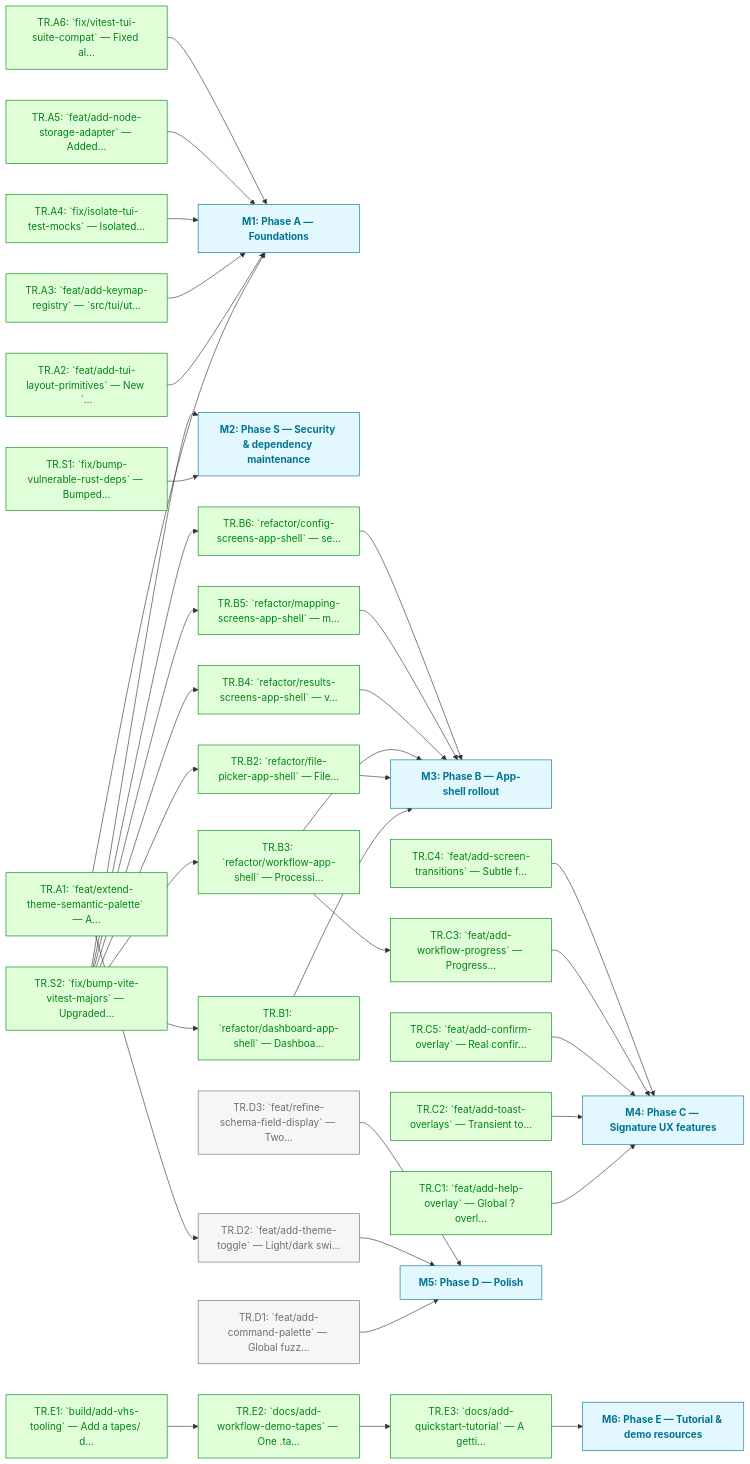
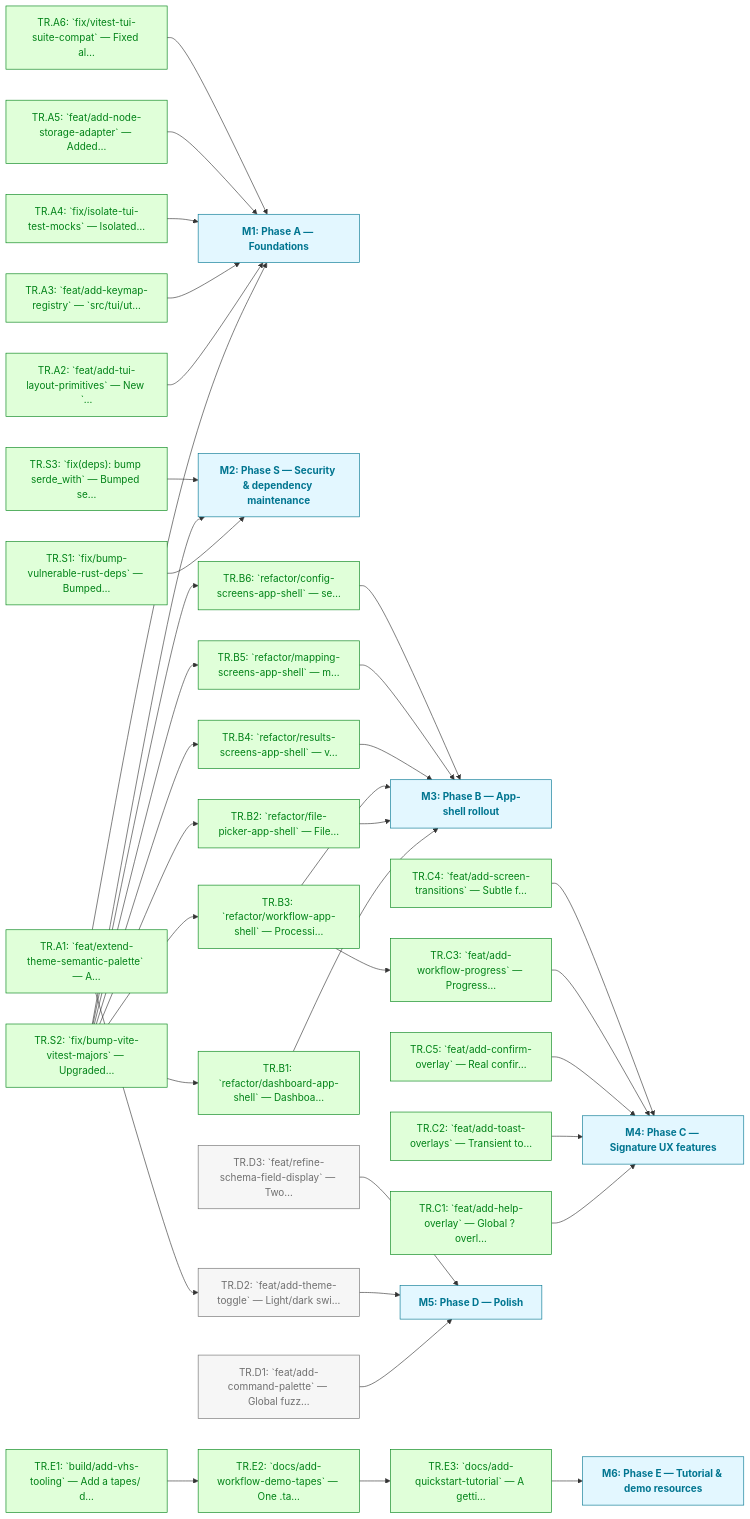
One commit to foundersandcoders/iris changed the diagram in docs/roadmaps/v5a-2606/enhanced.md. Above: the diagram before and after it, drawn with Mermaid. The commit also changed other lines of this file and 1 other file, not shown here.

Commit message:
docs(roadmap): document TR.S3 serde_with security fix
Records the serde_with 3.21.0 bump and MSRV raise as TR.S3 under
Phase S, following TR.S1's precedent for documenting Dependabot
alerts left open as unreachable rather than silently ignored.

````diff
--- a/docs/roadmaps/v5a-2606/enhanced.md
+++ b/docs/roadmaps/v5a-2606/enhanced.md
@@ -101,77 +102,79 @@
 ```mermaid
 graph LR
 	classDef todo fill:#f6f6f6,stroke:#6f6f6f,color:#6f6f6f
 	classDef blocked fill:#fff8f6,stroke:#e0002b,color:#e0002b,stroke-width:2px
 	classDef paused fill:#fdf4ff,stroke:#b01fe3,color:#b01fe3,stroke-dasharray:4 3
 	classDef deferred fill:#fff8f3,stroke:#ac5c00,color:#ac5c00,stroke-dasharray:2 4,font-style:italic
 	classDef done fill:#e0ffd9,stroke:#008217,color:#008217
 	classDef outOfScope fill:#f6f6f6,stroke:#e2e2e2,color:#e2e2e2,stroke-dasharray:2 2
 	classDef mile fill:#e3f7ff,stroke:#007590,color:#007590,font-weight:bold
 	classDef external fill:#fff9e5,stroke:#7d6f00,color:#7d6f00,stroke-dasharray:4 3,font-style:italic
 	TR.A1["TR.A1: `feat/extend-theme-semantic-palette` — A…"]
 	TR.A2["TR.A2: `feat/add-tui-layout-primitives` — New `…"]
 	TR.A3["TR.A3: `feat/add-keymap-registry` — `src/tui/ut…"]
 	TR.A4["TR.A4: `fix/isolate-tui-test-mocks` — Isolated…"]
 	TR.A5["TR.A5: `feat/add-node-storage-adapter` — Added…"]
 	TR.A6["TR.A6: `fix/vitest-tui-suite-compat` — Fixed al…"]
 	M1["M1: Phase A — Foundations"]:::mile
 	TR.S1["TR.S1: `fix/bump-vulnerable-rust-deps` — Bumped…"]
 	TR.S2["TR.S2: `fix/bump-vite-vitest-majors` — Upgraded…"]
+	TR.S3["TR.S3: `fix(deps): bump serde_with` — Bumped se…"]
 	M2["M2: Phase S — Security & dependency maintenance"]:::mile
 	TR.B1["TR.B1: `refactor/dashboard-app-shell` — Dashboa…"]
 	TR.B2["TR.B2: `refactor/file-picker-app-shell` — File…"]
 	TR.B3["TR.B3: `refactor/workflow-app-shell` — Processi…"]
 	TR.B4["TR.B4: `refactor/results-screens-app-shell` — v…"]
 	TR.B5["TR.B5: `refactor/mapping-screens-app-shell` — m…"]
 	TR.B6["TR.B6: `refactor/config-screens-app-shell` — se…"]
 	M3["M3: Phase B — App-shell rollout"]:::mile
 	TR.C1["TR.C1: `feat/add-help-overlay` — Global ? overl…"]
 	TR.C2["TR.C2: `feat/add-toast-overlays` — Transient to…"]
 	TR.C5["TR.C5: `feat/add-confirm-overlay` — Real confir…"]
 	TR.C3["TR.C3: `feat/add-workflow-progress` — Progress…"]
 	TR.C4["TR.C4: `feat/add-screen-transitions` — Subtle f…"]
 	M4["M4: Phase C — Signature UX features"]:::mile
 	TR.D1["TR.D1: `feat/add-command-palette` — Global fuzz…"]
 	TR.D2["TR.D2: `feat/add-theme-toggle` — Light/dark swi…"]
 	TR.D3["TR.D3: `feat/refine-schema-field-display` — Two…"]
 	M5["M5: Phase D — Polish"]:::mile
 	TR.E1["TR.E1: `build/add-vhs-tooling` — Add a tapes/ d…"]
 	TR.E2["TR.E2: `docs/add-workflow-demo-tapes` — One .ta…"]
 	TR.E3["TR.E3: `docs/add-quickstart-tutorial` — A getti…"]
 	M6["M6: Phase E — Tutorial & demo resources"]:::mile
 	TR.A1 --> M1
 	TR.A1 --> TR.D2
 	TR.A2 --> M1
 	TR.A3 --> M1
 	TR.A4 --> M1
 	TR.A5 --> M1
 	TR.A6 --> M1
 	TR.S1 --> M2
 	TR.S2 --> M2
+	TR.S3 --> M2
 	TR.S2 --> TR.B1
 	TR.S2 --> TR.B2
 	TR.S2 --> TR.B3
 	TR.S2 --> TR.B4
 	TR.S2 --> TR.B5
 	TR.S2 --> TR.B6
 	TR.B1 --> M3
 	TR.B2 --> M3
 	TR.B3 --> M3
 	TR.B3 --> TR.C3
 	TR.B4 --> M3
 	TR.B5 --> M3
 	TR.B6 --> M3
 	TR.C1 --> M4
 	TR.C2 --> M4
 	TR.C5 --> M4
 	TR.C3 --> M4
 	TR.C4 --> M4
 	TR.D1 --> M5
 	TR.D2 --> M5
 	TR.D3 --> M5
 	TR.E1 --> TR.E2
 	TR.E2 --> TR.E3
 	TR.E3 --> M6
 	class TR.D1,TR.D2,TR.D3 todo
-	class TR.A1,TR.A2,TR.A3,TR.A4,TR.A5,TR.A6,TR.B1,TR.B2,TR.B3,TR.B4,TR.B5,TR.B6,TR.C1,TR.C2,TR.C3,TR.C4,TR.C5,TR.E1,TR.E2,TR.E3,TR.S1,TR.S2 done
+	class TR.A1,TR.A2,TR.A3,TR.A4,TR.A5,TR.A6,TR.B1,TR.B2,TR.B3,TR.B4,TR.B5,TR.B6,TR.C1,TR.C2,TR.C3,TR.C4,TR.C5,TR.E1,TR.E2,TR.E3,TR.S1,TR.S2,TR.S3 done
 ```
````
